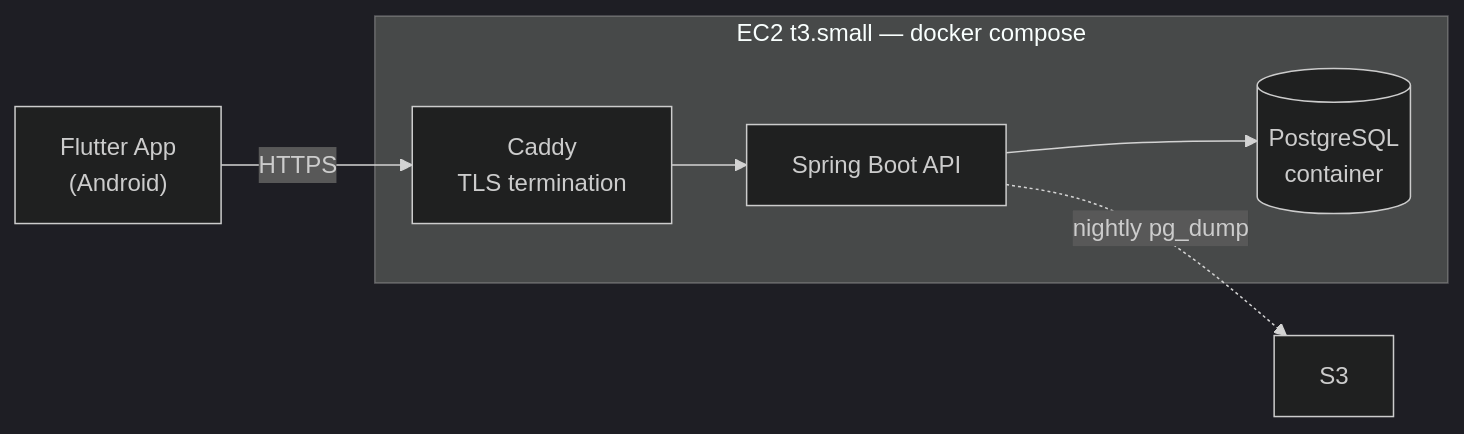
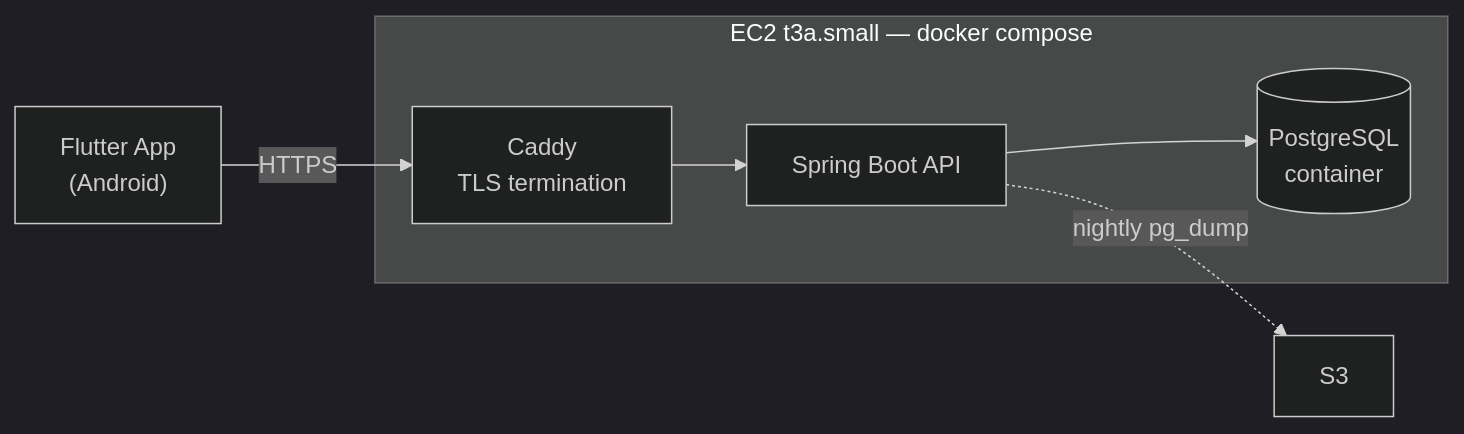
The first of 2 diagrams in docs/ROADMAP.md (Juniorrek/papapreco), drawn with Mermaid (dark theme) before and after one commit. The commit also changed other lines of this file, not shown here.

````diff
--- a/docs/ROADMAP.md
+++ b/docs/ROADMAP.md
@@ -172,9 +173,9 @@
 ```mermaid
 flowchart LR
     App["Flutter App<br/>(Android)"] -->|HTTPS| Caddy["Caddy<br/>TLS termination"]
-    subgraph EC2["EC2 t3.small — docker compose"]
+    subgraph EC2["EC2 t3a.small — docker compose"]
         Caddy --> API["Spring Boot API"]
         API --> DB[("PostgreSQL<br/>container")]
     end
     API -.nightly pg_dump.-> S3["S3"]
 ```
````
